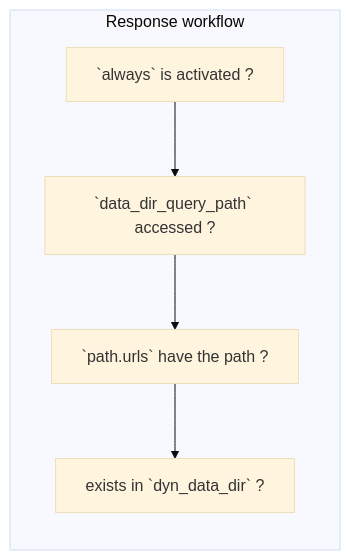
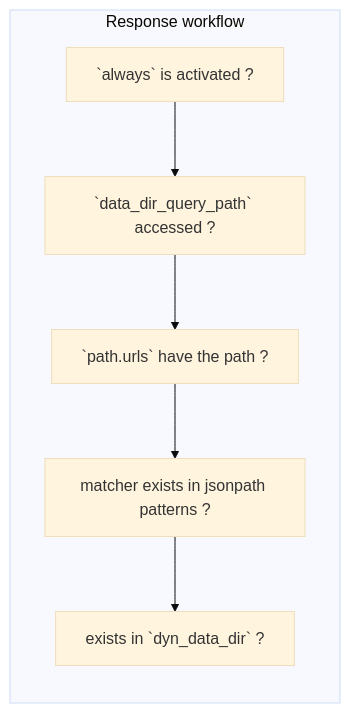
Before and after one commit to nabbisen/apimock-rs: the second of 2 diagrams in README.md, drawn with Mermaid (base theme). The commit also changed 2 other files, not shown here.

Commit message:
update server request handling flow

````diff
--- a/README.md
+++ b/README.md
@@ -217,9 +217,10 @@
 ```mermaid
 graph
     subgraph Response workflow
         direction TB
         A[`always` is activated ?] --> B[`data_dir_query_path` accessed ?]
         B --> C[`path.urls` have the path ?]
-        C --> D[exists in `dyn_data_dir` ?]
+        C --> D[matcher exists in jsonpath patterns ?]
+        D --> E[exists in `dyn_data_dir` ?]
     end
 ```
````
